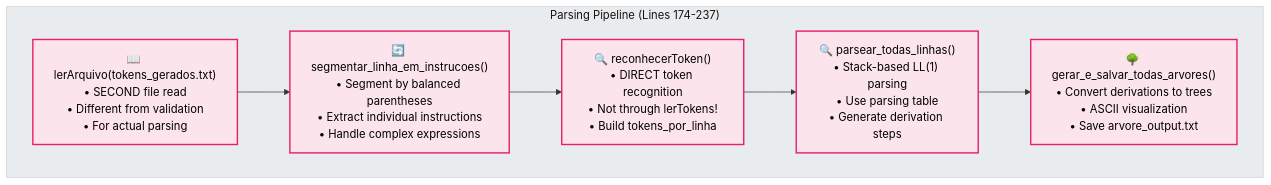
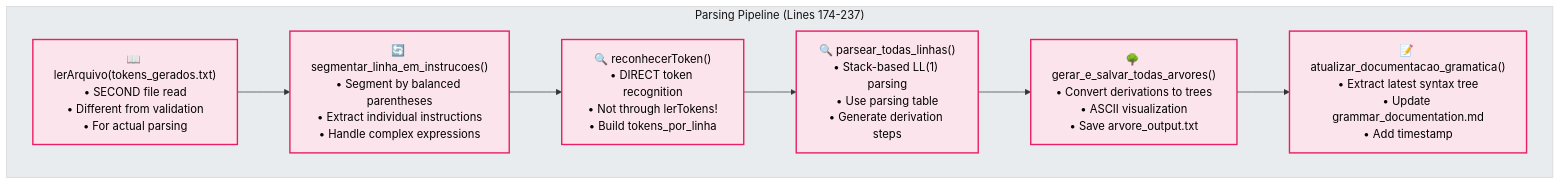
The fifth of 6 diagrams in flowcharts/RA2/RA2_Architecture_Overview.md (waifuisalie/RA2_1), drawn with Mermaid before and after one commit. The commit also changed other lines of this file and 2 other files, not shown here.

Commit message:
updating the flowcharts with the new function that updates the grammar_documentation.md

````diff
--- a/flowcharts/RA2/RA2_Architecture_Overview.md
+++ b/flowcharts/RA2/RA2_Architecture_Overview.md
@@ -174,20 +178,22 @@
 ```mermaid
 %%{init: {'theme':'base', 'themeVariables': { 'primaryColor': '#ffffff', 'primaryTextColor': '#000000', 'primaryBorderColor': '#333333', 'lineColor': '#333333', 'secondaryColor': '#f8f9fa', 'tertiaryColor': '#e9ecef'}}}%%
 flowchart TB
     subgraph "Parsing Pipeline (Lines 174-237)"
         A["📖 lerArquivo(tokens_gerados.txt)<br/>• SECOND file read<br/>• Different from validation<br/>• For actual parsing"]
         B["🔄 segmentar_linha_em_instrucoes()<br/>• Segment by balanced parentheses<br/>• Extract individual instructions<br/>• Handle complex expressions"]
         C["🔍 reconhecerToken()<br/>• DIRECT token recognition<br/>• Not through lerTokens!<br/>• Build tokens_por_linha"]
         D["🔍 parsear_todas_linhas()<br/>• Stack-based LL(1) parsing<br/>• Use parsing table<br/>• Generate derivation steps"]
         E["🌳 gerar_e_salvar_todas_arvores()<br/>• Convert derivations to trees<br/>• ASCII visualization<br/>• Save arvore_output.txt"]
+        F["📝 atualizar_documentacao_gramatica()<br/>• Extract latest syntax tree<br/>• Update grammar_documentation.md<br/>• Add timestamp"]
 
         A --> B
         B --> C
         C --> D
         D --> E
+        E --> F
     end
 
     classDef parseNode fill:#fce4ec,stroke:#e91e63,stroke-width:2px
 
-    class A,B,C,D,E parseNode
+    class A,B,C,D,E,F parseNode
 ```
````
